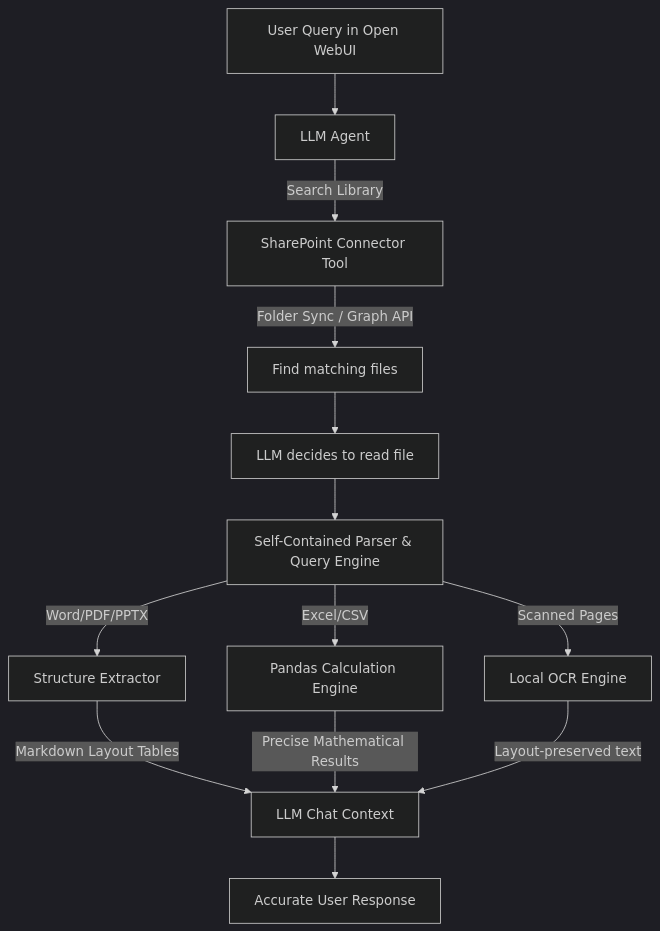
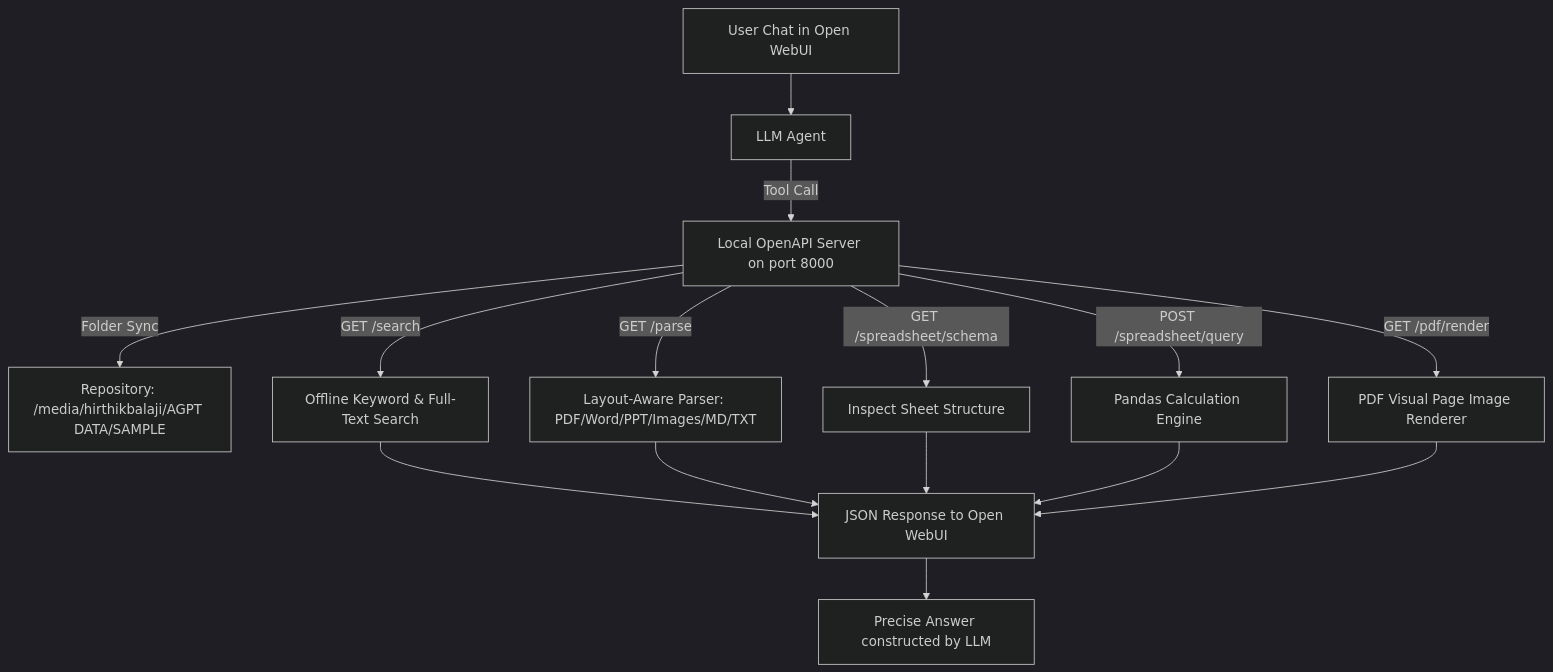
The diagram in project_incharge_report.md (AmritaGPT/open-webui-local-rag), drawn with Mermaid (dark theme) before and after one commit. The commit also changed other lines of this file, not shown here.

Commit message:
Update project status report for project incharge to include FastAPI OpenAPI architecture details

````diff
--- a/project_incharge_report.md
+++ b/project_incharge_report.md
@@ -24,18 +24,20 @@
 ```mermaid
 graph TD
-    A[User Query in Open WebUI] --> B[LLM Agent]
-    B -->|Search Library| C[SharePoint Connector Tool]
-    C -->|Folder Sync / Graph API| D[Find matching files]
-    D --> E[LLM decides to read file]
-    E --> F[Self-Contained Parser & Query Engine]
+    A[User Chat in Open WebUI] --> B[LLM Agent]
+    B -->|Tool Call| C[Local OpenAPI Server on port 8000]
+    C -->|Folder Sync| D[Repository: /media/hirthikbalaji/AGPT DATA/SAMPLE]
     
-    F -->|Word/PDF/PPTX| G[Structure Extractor]
-    F -->|Excel/CSV| H[Pandas Calculation Engine]
-    F -->|Scanned Pages| I[Local OCR Engine]
+    C -->|GET /search| E[Offline Keyword & Full-Text Search]
+    C -->|GET /parse| F[Layout-Aware Parser: PDF/Word/PPT/Images/MD/TXT]
+    C -->|GET /spreadsheet/schema| G[Inspect Sheet Structure]
+    C -->|POST /spreadsheet/query| H[Pandas Calculation Engine]
+    C -->|GET /pdf/render| I[PDF Visual Page Image Renderer]
     
-    G -->|Markdown Layout Tables| J[LLM Chat Context]
-    H -->|Precise Mathematical Results| J
-    I -->|Layout-preserved text| J
+    E --> J[JSON Response to Open WebUI]
+    F --> J
+    G --> J
+    H --> J
+    I --> J
     
-    J --> K[Accurate User Response]
+    J --> K[Precise Answer constructed by LLM]
 ```
````
